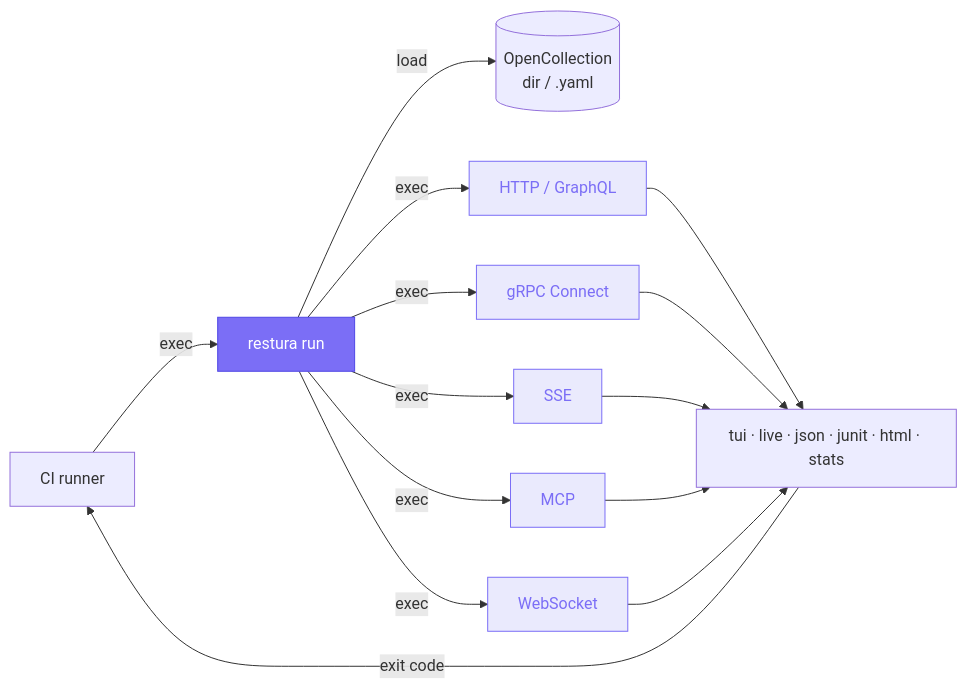
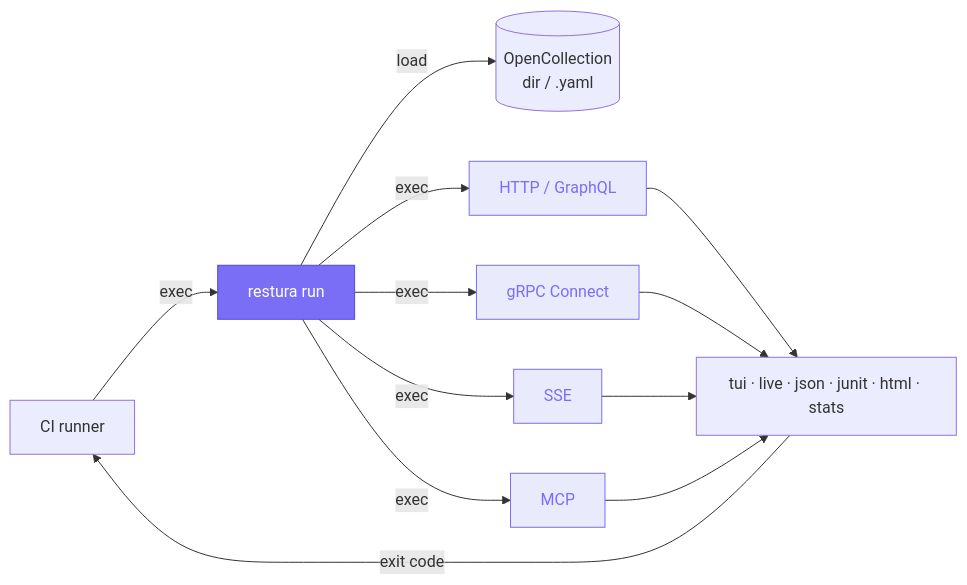
One commit to dipjyotimetia/restura changed the diagram in docs-site/src/content/docs/reference/cli.mdx. Above: the diagram before and after it, drawn with Mermaid. The commit also changed other lines of this file and 38 other files, not shown here.

````diff
--- a/docs-site/src/content/docs/reference/cli.mdx
+++ b/docs-site/src/content/docs/reference/cli.mdx
@@ -14,21 +14,19 @@
 ```mermaid
 flowchart LR
   CI[CI runner] -->|exec| CLI[restura run]
   CLI -->|load| COL[(OpenCollection<br/>dir / .yaml)]
   CLI -->|exec| H[HTTP / GraphQL]
   CLI -->|exec| G[gRPC Connect]
   CLI -->|exec| S[SSE]
   CLI -->|exec| M[MCP]
-  CLI -->|exec| W[WebSocket]
   H --> R1[tui · live · json · junit · html · stats]
   G --> R1
   S --> R1
   M --> R1
-  W --> R1
   R1 -->|exit code| CI
 
   classDef cli fill:#7b6ef6,stroke:#4f46e5,color:#fff;
   classDef proto fill:#6366f122,stroke:#7b6ef6,color:#7b6ef6;
   class CLI cli;
-  class H,G,S,M,W proto;
+  class H,G,S,M proto;
 ```
````
